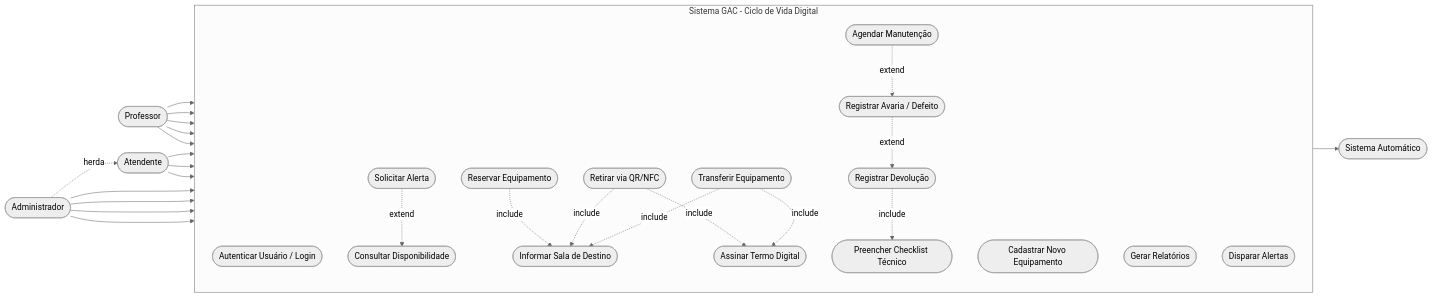
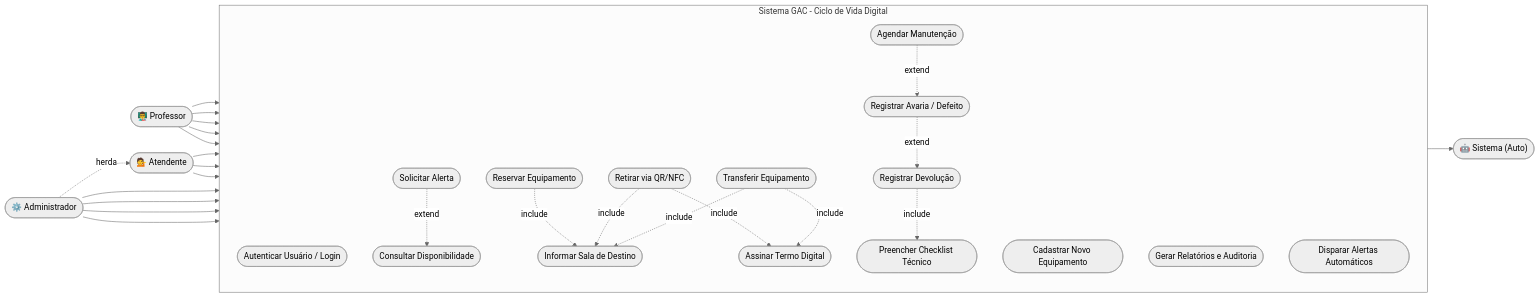
The diagram in Requisitos/Diagramas/Diagrama-de-Casos-de-Uso.md (VinnerKyther/requisitos-2026-requisitos-production), drawn with Mermaid (neutral theme) before and after one commit.

````diff
--- a/Requisitos/Diagramas/Diagrama-de-Casos-de-Uso.md
+++ b/Requisitos/Diagramas/Diagrama-de-Casos-de-Uso.md
@@ -1,65 +1,65 @@
 ```mermaid
 flowchart LR
     %% Atores da Esquerda
-    Prof([Professor])
-    Atend([Atendente])
-    Admin([Administrador])
+    Prof(["👨‍🏫 Professor"])
+    Atend(["💁 Atendente"])
+    Admin(["⚙️ Administrador"])
 
-    subgraph Sistema_GAC [Sistema GAC - Ciclo de Vida Digital]
+    subgraph Plataforma_GAC ["Sistema GAC - Ciclo de Vida Digital"]
         direction TB
-        Login([Autenticar Usuário / Login])
-        Consultar([Consultar Disponibilidade])
-        Alerta([Solicitar Alerta])
-        Reservar([Reservar Equipamento])
-        Retirar([Retirar via QR/NFC])
-        Transferir([Transferir Equipamento])
-        Termo([Assinar Termo Digital])
-        Sala([Informar Sala de Destino])
-        Devolver([Registrar Devolução])
-        Checklist([Preencher Checklist Técnico])
-        Avaria([Registrar Avaria / Defeito])
-        Cadastrar([Cadastrar Novo Equipamento])
-        Manutencao([Agendar Manutenção])
-        Relatorios([Gerar Relatórios])
-        AlertasAuto([Disparar Alertas])
+        Login(["Autenticar Usuário / Login"])
+        Consultar(["Consultar Disponibilidade"])
+        Alerta(["Solicitar Alerta"])
+        Reservar(["Reservar Equipamento"])
+        Retirar(["Retirar via QR/NFC"])
+        Transferir(["Transferir Equipamento"])
+        Termo(["Assinar Termo Digital"])
+        Sala(["Informar Sala de Destino"])
+        Devolver(["Registrar Devolução"])
+        Checklist(["Preencher Checklist Técnico"])
+        Avaria(["Registrar Avaria / Defeito"])
+        Cadastrar(["Cadastrar Novo Equipamento"])
+        Manutencao(["Agendar Manutenção"])
+        Relatorios(["Gerar Relatórios e Auditoria"])
+        AlertasAuto(["Disparar Alertas Automáticos"])
     end
 
     %% Ator da Direita
-    Sis([Sistema Automático])
+    Sis(["🤖 Sistema (Auto)"])
 
-    %% Usando setas (-->) obrigamos o GitHub a manter os atores na esquerda
+    %% Ligações Principais (usando setas para forçar os atores à esquerda)
     Prof --> Login
     Prof --> Consultar
     Prof --> Reservar
     Prof --> Retirar
     Prof --> Transferir
     
     Atend --> Login
     Atend --> Consultar
     Atend --> Devolver
     
     Admin --> Login
     Admin --> Cadastrar
     Admin --> Manutencao
     Admin --> Relatorios
 
-    %% O Sistema Automático fica na direita pois o caso de uso aponta para ele
+    %% O Sistema Automático fica na direita pois a seta aponta para ele
     AlertasAuto --> Sis
 
     %% Herança do Administrador
     Admin -.->|herda| Atend
 
     %% Relacionamentos Internos (Includes e Extends)
     Alerta -.->|extend| Consultar
     
     Reservar -.->|include| Sala
     Retirar -.->|include| Sala
     Transferir -.->|include| Sala
     
     Retirar -.->|include| Termo
     Transferir -.->|include| Termo
 
     Devolver -.->|include| Checklist
     Avaria -.->|extend| Devolver
     Manutencao -.->|extend| Avaria
 ```
````
